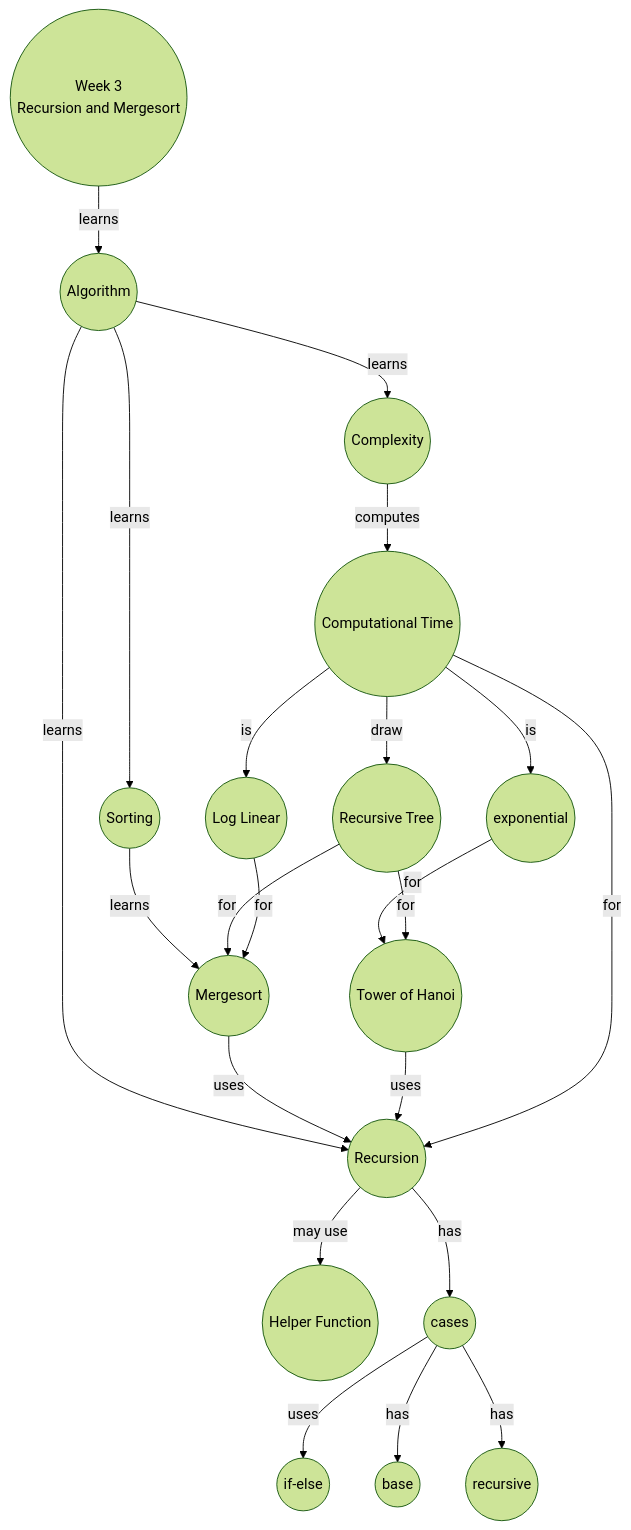
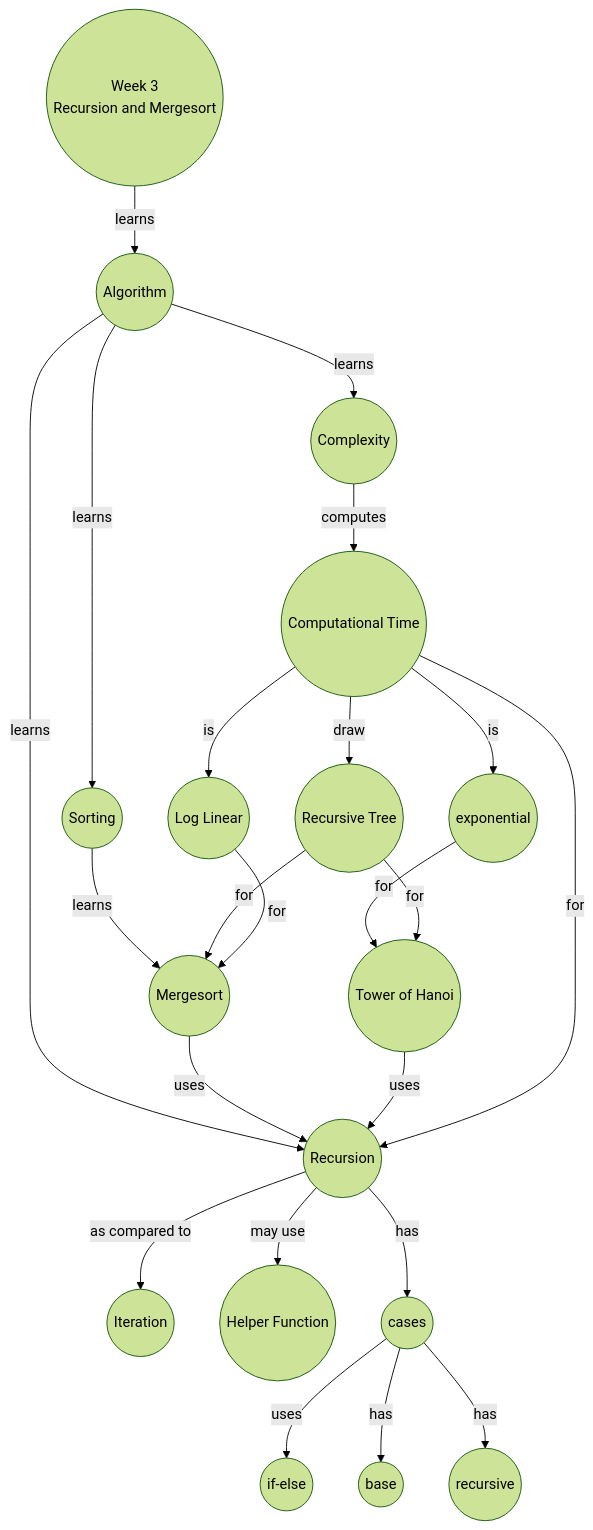
The diagram in learning-objectives/03-divide-conquer.md (iamanigeeit/DDW2023), drawn with Mermaid (forest theme) before and after one commit. The commit also changed other lines of this file and 1 other file, not shown here.

Commit message:
add LO week 3. Modify concept map mermaid.

````diff
--- a/learning-objectives/03-divide-conquer.md
+++ b/learning-objectives/03-divide-conquer.md
@@ -19,24 +21,25 @@
 ```mermaid
 flowchart TD
     A((Week 3<br>Recursion and Mergesort)) --> |learns| ALGO((Algorithm))
     ALGO --> |learns| C((Complexity))
     ALGO --> |learns| R((Recursion))
     ALGO --> |learns| S((Sorting))
     C  --> |computes| CT((Computational Time))
+    R --> |as compared to| ITER((Iteration))
     R --> |may use| HF((Helper Function))
     R --> |has| CS((cases))
     S --> |learns| MS((Mergesort))
     CT --> |draw| RT((Recursive Tree))
     CT --> |is| EXP((exponential))
     EXP --> |for| TOH
     CT --> |is| LL((Log Linear))
     MS --> |uses| R
     CS --> |uses| IE((if-else))
     CS --> |has| BASE((base))
     CS --> |has| REC((recursive))
     RT --> |for| TOH((Tower of Hanoi))
     RT --> |for| MS
     LL --> |for| MS
     TOH --> |uses| R
     CT --> |for| R
 ```
````
